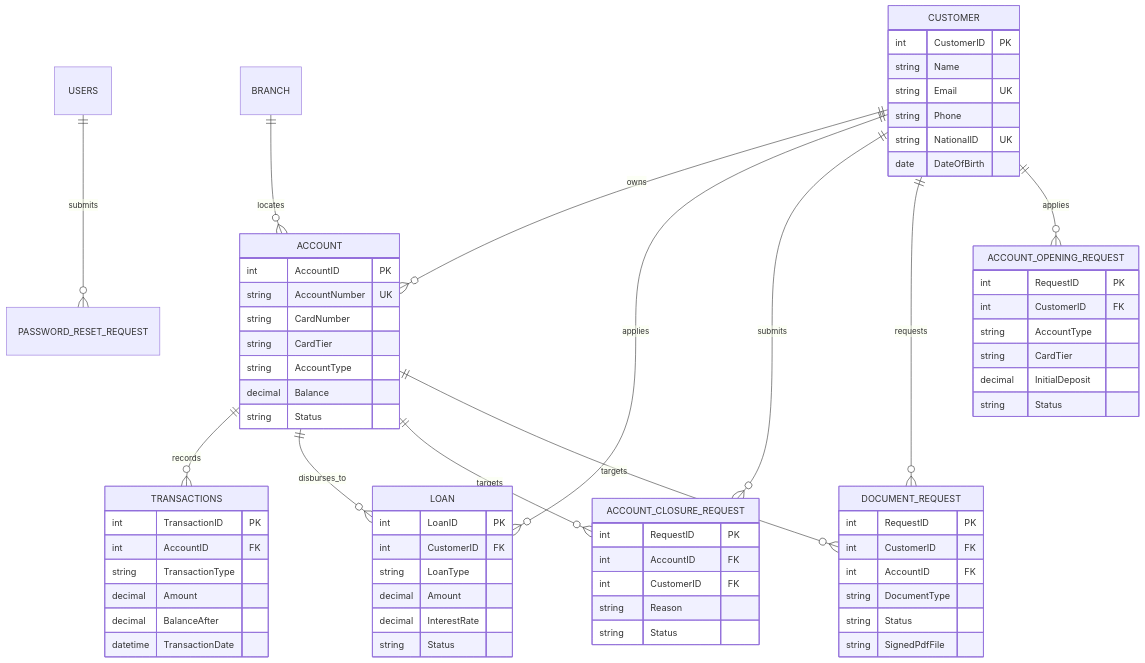
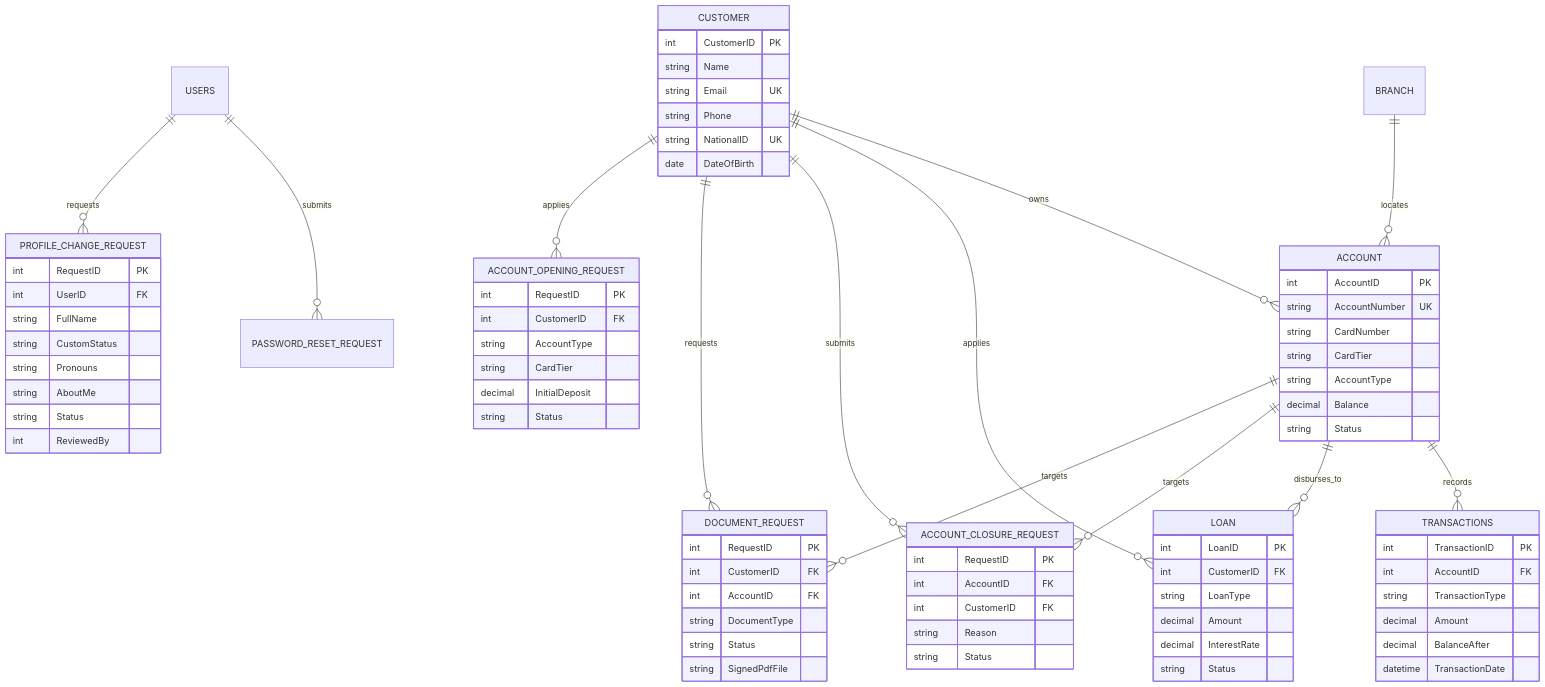
One commit to akuma3232/AkumaBank changed the diagram in README.md. Above: the diagram before and after it, drawn with Mermaid. The commit also changed other lines of this file, not shown here.

````diff
--- a/README.md
+++ b/README.md
@@ -346,71 +379,82 @@
 ```mermaid
 erDiagram
     BRANCH ||--o{ ACCOUNT : locates
     CUSTOMER ||--o{ ACCOUNT : owns
     CUSTOMER ||--o{ LOAN : applies
     CUSTOMER ||--o{ ACCOUNT_CLOSURE_REQUEST : submits
     CUSTOMER ||--o{ DOCUMENT_REQUEST : requests
     CUSTOMER ||--o{ ACCOUNT_OPENING_REQUEST : applies
     ACCOUNT ||--o{ TRANSACTIONS : records
     ACCOUNT ||--o{ LOAN : disburses_to
     ACCOUNT ||--o{ ACCOUNT_CLOSURE_REQUEST : targets
     ACCOUNT ||--o{ DOCUMENT_REQUEST : targets
     USERS ||--o{ PASSWORD_RESET_REQUEST : submits
+    USERS ||--o{ PROFILE_CHANGE_REQUEST : requests
 
     CUSTOMER {
         int CustomerID PK
         string Name
         string Email UK
         string Phone
         string NationalID UK
         date DateOfBirth
     }
     ACCOUNT {
         int AccountID PK
         string AccountNumber UK
         string CardNumber
         string CardTier
         string AccountType
         decimal Balance
         string Status
     }
     DOCUMENT_REQUEST {
         int RequestID PK
         int CustomerID FK
         int AccountID FK
         string DocumentType
         string Status
         string SignedPdfFile
     }
     ACCOUNT_CLOSURE_REQUEST {
         int RequestID PK
         int AccountID FK
         int CustomerID FK
         string Reason
         string Status
     }
     ACCOUNT_OPENING_REQUEST {
         int RequestID PK
         int CustomerID FK
         string AccountType
         string CardTier
         decimal InitialDeposit
         string Status
     }
     LOAN {
         int LoanID PK
         int CustomerID FK
         string LoanType
         decimal Amount
         decimal InterestRate
         string Status
     }
     TRANSACTIONS {
         int TransactionID PK
         int AccountID FK
         string TransactionType
         decimal Amount
         decimal BalanceAfter
         datetime TransactionDate
     }
+    PROFILE_CHANGE_REQUEST {
+        int RequestID PK
+        int UserID FK
+        string FullName
+        string CustomStatus
+        string Pronouns
+        string AboutMe
+        string Status
+        int ReviewedBy
+    }
 ```
````
